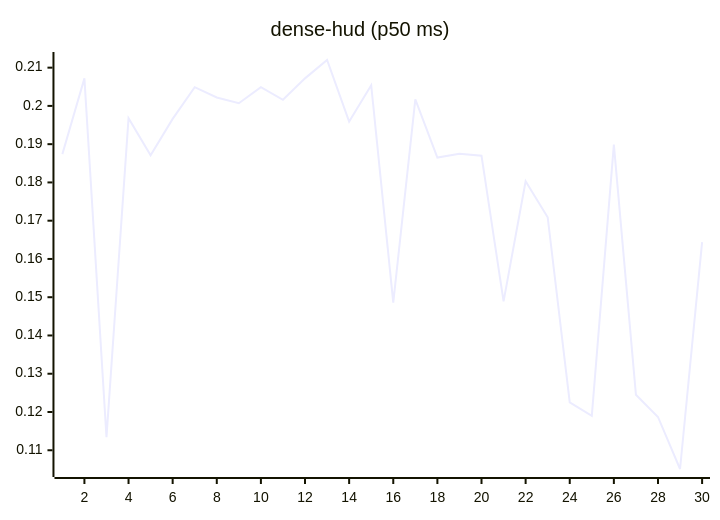
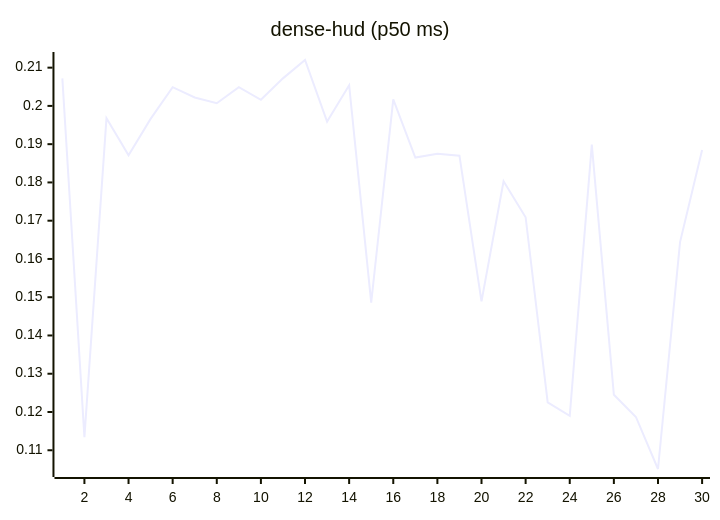
Before and after one commit to josha/Facet: the eighth of 27 diagrams in README.md, drawn with Mermaid. The commit also changed other lines of this file and 2 other files, not shown here.

````diff
--- a/README.md
+++ b/README.md
@@ -112,6 +112,6 @@
 ```mermaid
 xychart-beta
     title "dense-hud (p50 ms)"
     x-axis 1 --> 30
-    line [0.1874, 0.2072, 0.1134, 0.1968, 0.1871, 0.1966, 0.2049, 0.2022, 0.2007, 0.2049, 0.2016, 0.2072, 0.2120, 0.1959, 0.2054, 0.1486, 0.2017, 0.1865, 0.1875, 0.1870, 0.1489, 0.1803, 0.1709, 0.1225, 0.1190, 0.1899, 0.1245, 0.1187, 0.1051, 0.1644]
+    line [0.2072, 0.1134, 0.1968, 0.1871, 0.1966, 0.2049, 0.2022, 0.2007, 0.2049, 0.2016, 0.2072, 0.2120, 0.1959, 0.2054, 0.1486, 0.2017, 0.1865, 0.1875, 0.1870, 0.1489, 0.1803, 0.1709, 0.1225, 0.1190, 0.1899, 0.1245, 0.1187, 0.1051, 0.1644, 0.1885]
 ```
````
